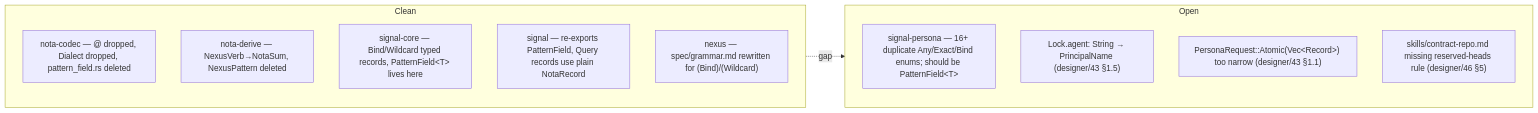
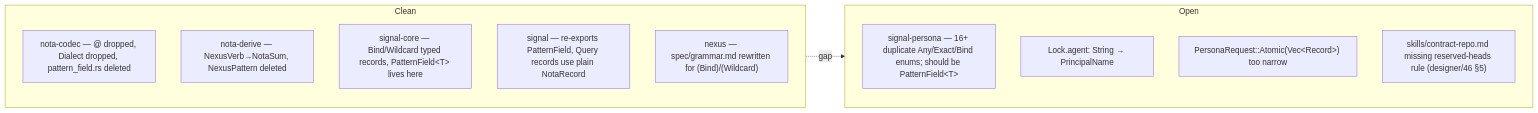
One commit to LiGoldragon/primary changed the diagram in reports/designer/50-operator-implementation-audit-45-46-47.md. Above: the diagram before and after it, drawn with Mermaid. The commit also changed other lines of this file and 24 other files, not shown here.

````diff
--- a/reports/designer/50-operator-implementation-audit-45-46-47.md
+++ b/reports/designer/50-operator-implementation-audit-45-46-47.md
@@ -28,17 +28,17 @@
 ```mermaid
 flowchart LR
     subgraph clean["Clean"]
         nc["nota-codec — @ dropped, Dialect dropped, pattern_field.rs deleted"]
         nd["nota-derive — NexusVerb→NotaSum, NexusPattern deleted"]
         sc["signal-core — Bind/Wildcard typed records, PatternField&lt;T&gt; lives here"]
         s["signal — re-exports PatternField, Query records use plain NotaRecord"]
         nx["nexus — spec/grammar.md rewritten for (Bind)/(Wildcard)"]
     end
     subgraph open["Open"]
         sp["signal-persona — 16+ duplicate Any/Exact/Bind enums; should be PatternField&lt;T&gt;"]
-        l["Lock.agent: String → PrincipalName (designer/43 §1.5)"]
-        a["PersonaRequest::Atomic(Vec&lt;Record&gt;) too narrow (designer/43 §1.1)"]
+        l["Lock.agent: String → PrincipalName"]
+        a["PersonaRequest::Atomic(Vec&lt;Record&gt;) too narrow"]
         cr["skills/contract-repo.md missing reserved-heads rule (designer/46 §5)"]
     end
     clean -. gap .-> open
 ```
````
